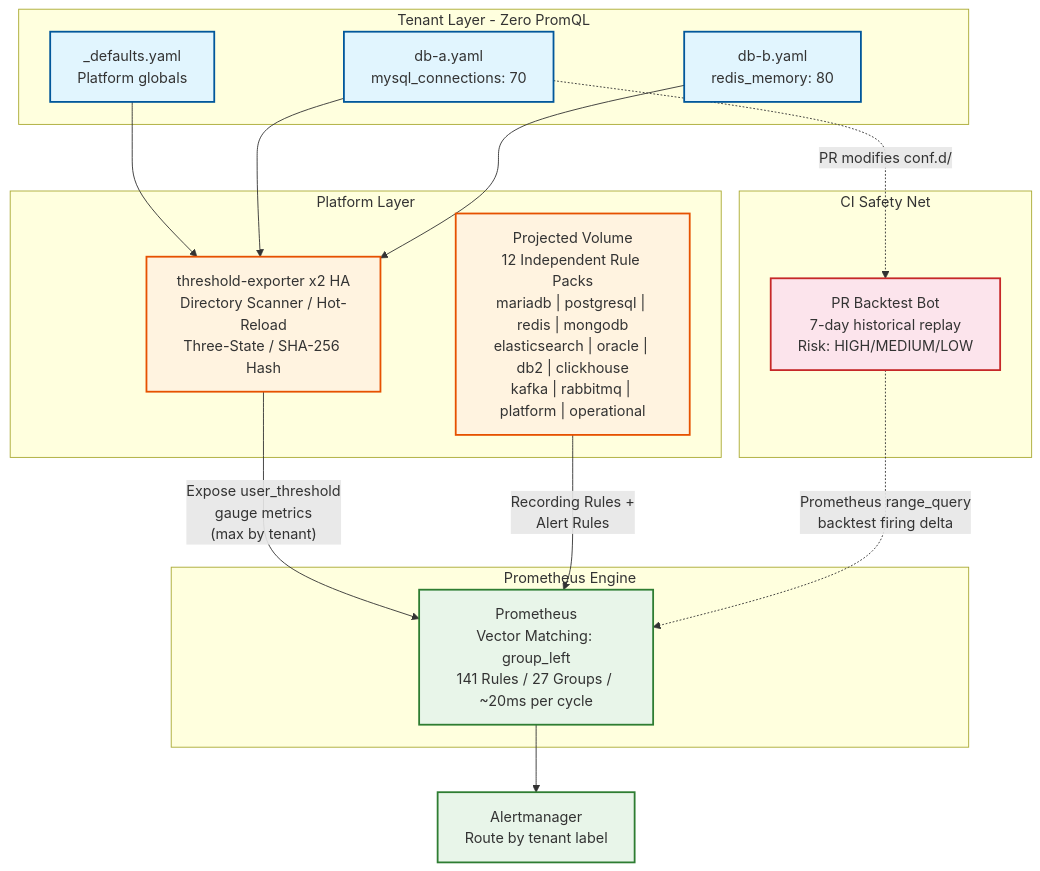
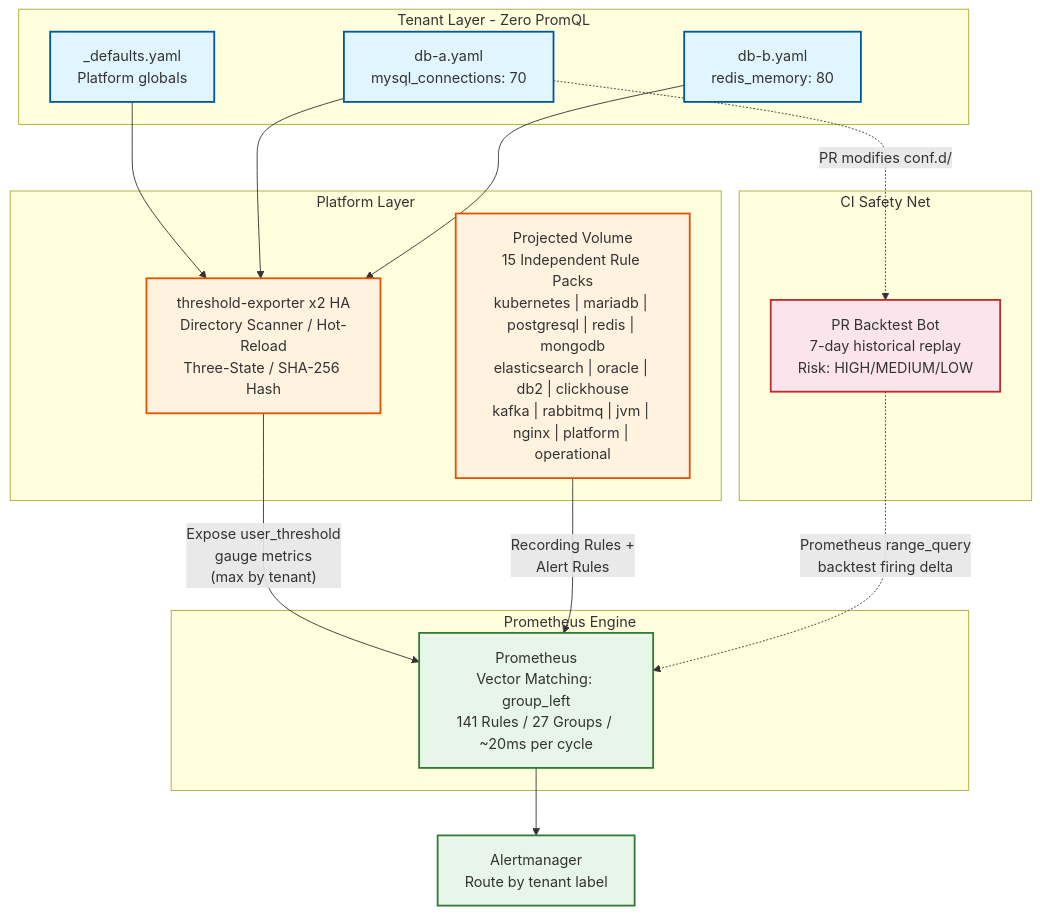
The third of 3 diagrams in README.en.md (vencil/Dynamic-Alerting-Integrations), drawn with Mermaid before and after one commit. The commit also changed other lines of this file and 177 other files, not shown here.

````diff
--- a/README.en.md
+++ b/README.en.md
@@ -190,39 +199,39 @@
 ```mermaid
 graph TD
     subgraph TL["Tenant Layer - Zero PromQL"]
         D["_defaults.yaml<br/>Platform globals"]
         T1["db-a.yaml<br/>mysql_connections: 70"]
         T2["db-b.yaml<br/>redis_memory: 80"]
     end
 
     subgraph PL["Platform Layer"]
         TE["threshold-exporter x2 HA<br/>Directory Scanner / Hot-Reload<br/>Three-State / SHA-256 Hash"]
-        RP["Projected Volume<br/>12 Independent Rule Packs<br/>mariadb | postgresql | redis | mongodb<br/>elasticsearch | oracle | db2 | clickhouse<br/>kafka | rabbitmq | platform | operational"]
+        RP["Projected Volume<br/>15 Independent Rule Packs<br/>kubernetes | mariadb | postgresql | redis | mongodb<br/>elasticsearch | oracle | db2 | clickhouse<br/>kafka | rabbitmq | jvm | nginx | platform | operational"]
     end
 
     subgraph PE["Prometheus Engine"]
         PROM["Prometheus<br/>Vector Matching: group_left<br/>141 Rules / 27 Groups / ~20ms per cycle"]
     end
 
     subgraph CI["CI Safety Net"]
         BT["PR Backtest Bot<br/>7-day historical replay<br/>Risk: HIGH/MEDIUM/LOW"]
     end
 
     D --> TE
     T1 --> TE
     T2 --> TE
     TE -->|"Expose user_threshold<br/>gauge metrics<br/>(max by tenant)"| PROM
     RP -->|"Recording Rules +<br/>Alert Rules"| PROM
     PROM --> AM["Alertmanager<br/>Route by tenant label"]
     T1 -.->|"PR modifies conf.d/"| BT
     BT -.->|"Prometheus range_query<br/>backtest firing delta"| PROM
 
     classDef tenant fill:#e1f5fe,stroke:#01579b,stroke-width:2px
     classDef platform fill:#fff3e0,stroke:#e65100,stroke-width:2px
     classDef engine fill:#e8f5e9,stroke:#2e7d32,stroke-width:2px
     classDef ci fill:#fce4ec,stroke:#c62828,stroke-width:2px
     class D,T1,T2 tenant
     class TE,RP platform
     class PROM,AM engine
     class BT ci
 ```
````
